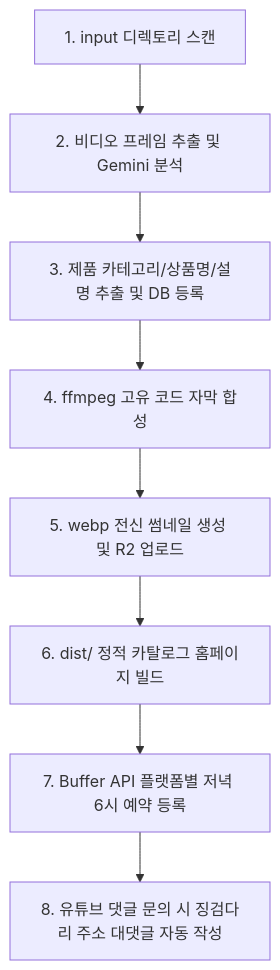
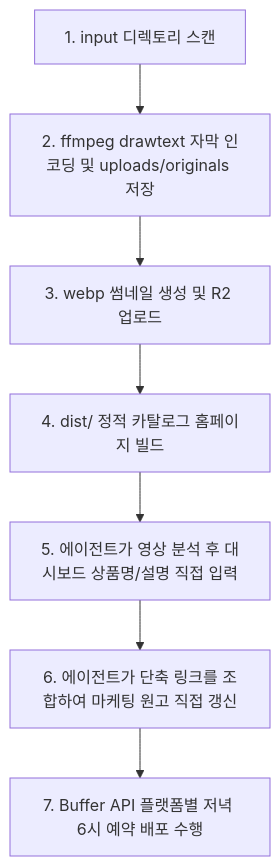
The diagram in start.md (WisdomMax/auto-upload-video), drawn with Mermaid before and after one commit. The commit also changed other lines of this file and 2 other files, not shown here.

Commit message:
feat: remove Gemini API from backend pipeline and update start.md as agent-centric execution guide

````diff
--- a/start.md
+++ b/start.md
@@ -7,10 +7,9 @@
 ```mermaid
 graph TD
-    A[1. input 디렉토리 스캔] --> B[2. 비디오 프레임 추출 및 Gemini 분석]
-    B --> C[3. 제품 카테고리/상품명/설명 추출 및 DB 등록]
-    C --> D[4. ffmpeg 고유 코드 자막 합성]
-    D --> E[5. webp 전신 썸네일 생성 및 R2 업로드]
-    E --> F[6. dist/ 정적 카탈로그 홈페이지 빌드]
-    F --> G[7. Buffer API 플랫폼별 저녁 6시 예약 등록]
-    G --> H[8. 유튜브 댓글 문의 시 징검다리 주소 대댓글 자동 작성]
+    A[1. input 디렉토리 스캔] --> B[2. ffmpeg drawtext 자막 인코딩 및 uploads/originals 저장]
+    B --> C[3. webp 썸네일 생성 및 R2 업로드]
+    C --> D[4. dist/ 정적 카탈로그 홈페이지 빌드]
+    D --> E[5. 에이전트가 영상 분석 후 대시보드 상품명/설명 직접 입력]
+    E --> F[6. 에이전트가 단축 링크를 조합하여 마케팅 원고 직접 갱신]
+    F --> G[7. Buffer API 플랫폼별 저녁 6시 예약 배포 수행]
 ```
````
